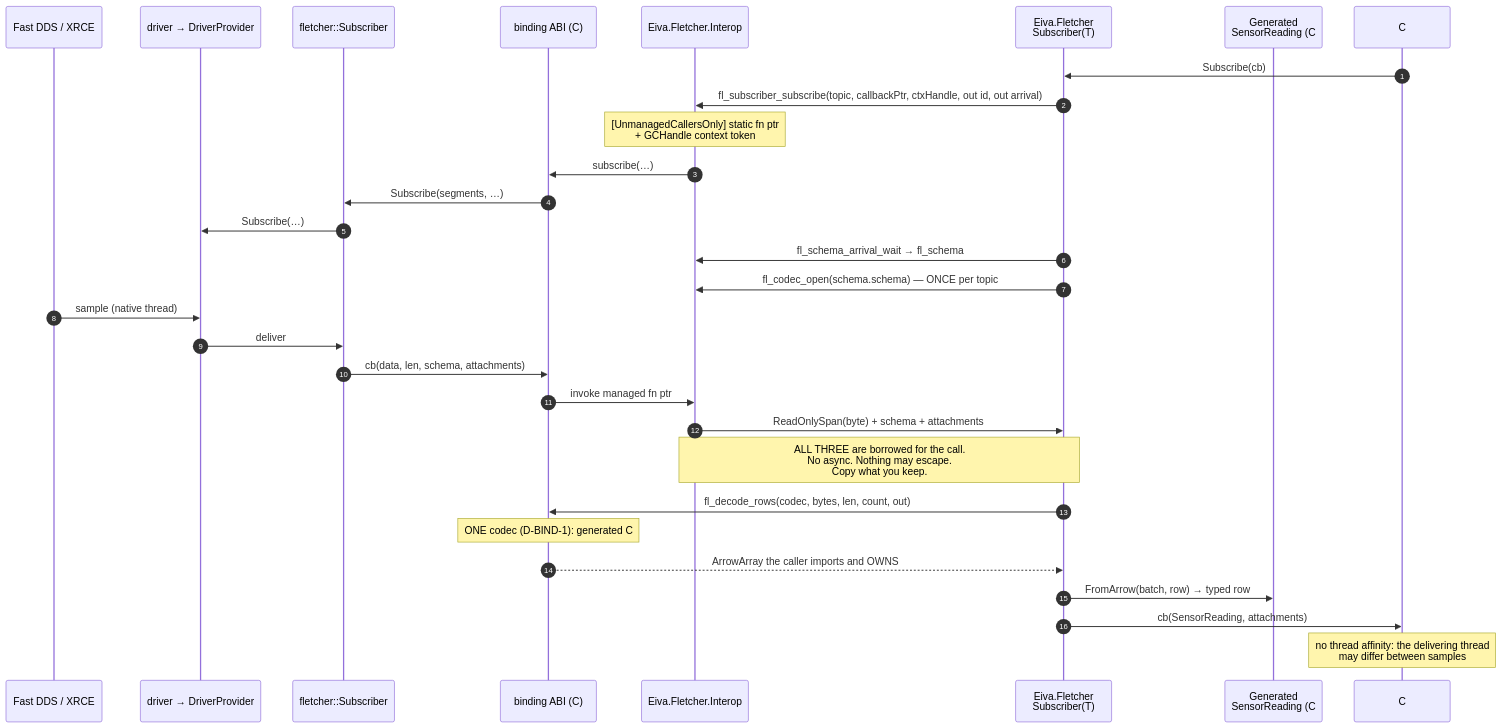
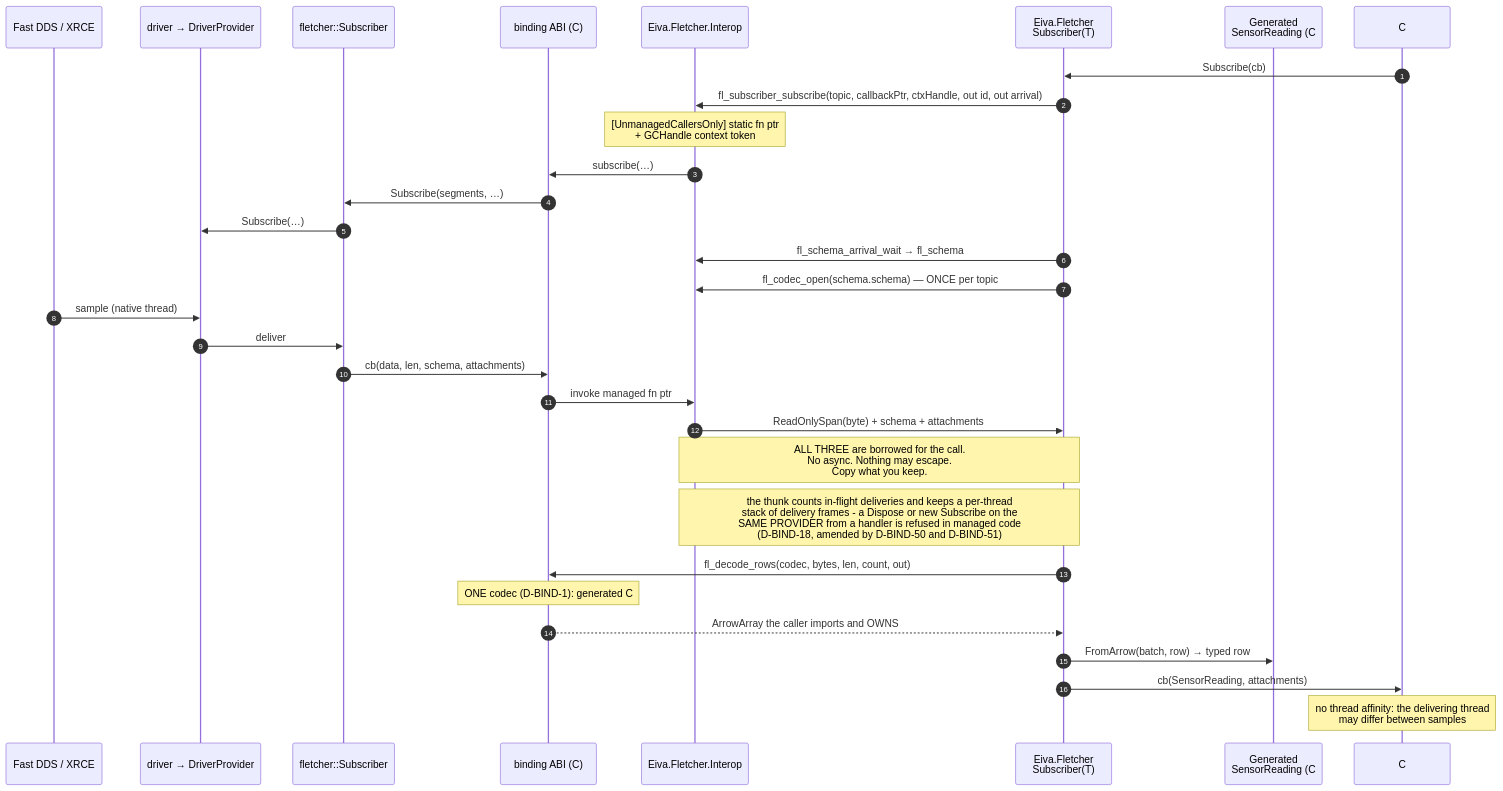
One commit to eivacom/Fletcher changed the eighth of 9 diagrams in plans/BIND-architecture-diagrams.md. Above: the diagram before and after it, drawn with Mermaid. The commit also changed other lines of this file and 5 other files, not shown here.

````diff
--- a/plans/BIND-architecture-diagrams.md
+++ b/plans/BIND-architecture-diagrams.md
@@ -451,34 +481,35 @@
 ```mermaid
 sequenceDiagram
     autonumber
     participant Net as Fast DDS / XRCE
     participant Drv as driver → DriverProvider
     participant Cpp as fletcher::Subscriber
     participant ABI as binding ABI (C)
     participant Int as Eiva.Fletcher.Interop
     participant CsSub as Eiva.Fletcher<br/>Subscriber(T)
     participant Gen as Generated<br/>SensorReading (C#)
     participant App as C# app
 
     App->>CsSub: Subscribe(cb)
     CsSub->>Int: fl_subscriber_subscribe(topic, callbackPtr, ctxHandle, out id, out arrival)
     Note over Int: [UnmanagedCallersOnly] static fn ptr<br/>+ GCHandle context token
     Int->>ABI: subscribe(…)
     ABI->>Cpp: Subscribe(segments, …)
     Cpp->>Drv: Subscribe(…)
     CsSub->>Int: fl_schema_arrival_wait → fl_schema
     CsSub->>Int: fl_codec_open(schema.schema) — ONCE per topic
 
     Net->>Drv: sample (native thread)
     Drv->>Cpp: deliver
     Cpp->>ABI: cb(data, len, schema, attachments)
     ABI->>Int: invoke managed fn ptr
     Int->>CsSub: ReadOnlySpan(byte) + schema + attachments
     Note over Int,CsSub: ALL THREE are borrowed for the call.<br/>No async. Nothing may escape.<br/>Copy what you keep.
+    Note over Int,CsSub: the thunk counts in-flight deliveries and keeps a per-thread<br/>stack of delivery frames - a Dispose or new Subscribe on the<br/>SAME PROVIDER from a handler is refused in managed code<br/>(D-BIND-18, amended by D-BIND-50 and D-BIND-51)
     CsSub->>ABI: fl_decode_rows(codec, bytes, len, count, out)
     Note over ABI: ONE codec (D-BIND-1): generated C# reads and writes NO wire bytes.<br/>Decode touches no provider and takes no lock the delivery path holds,<br/>so it is callable from INSIDE this callback — which is where a subscriber wants it.
     ABI-->>CsSub: ArrowArray the caller imports and OWNS
     CsSub->>Gen: FromArrow(batch, row) → typed row
     CsSub->>App: cb(SensorReading, attachments)
     Note over App: no thread affinity: the delivering thread<br/>may differ between samples
 ```
````
